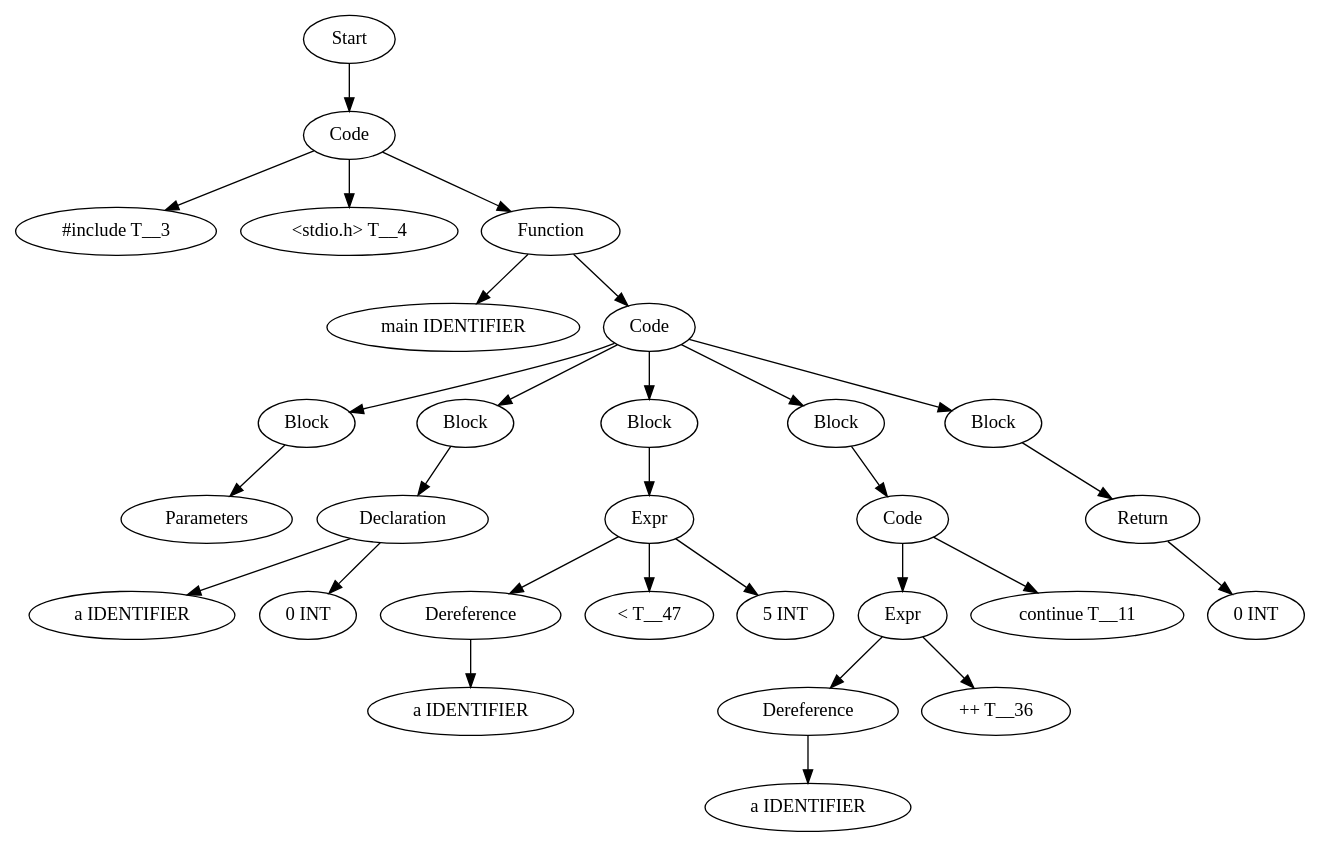
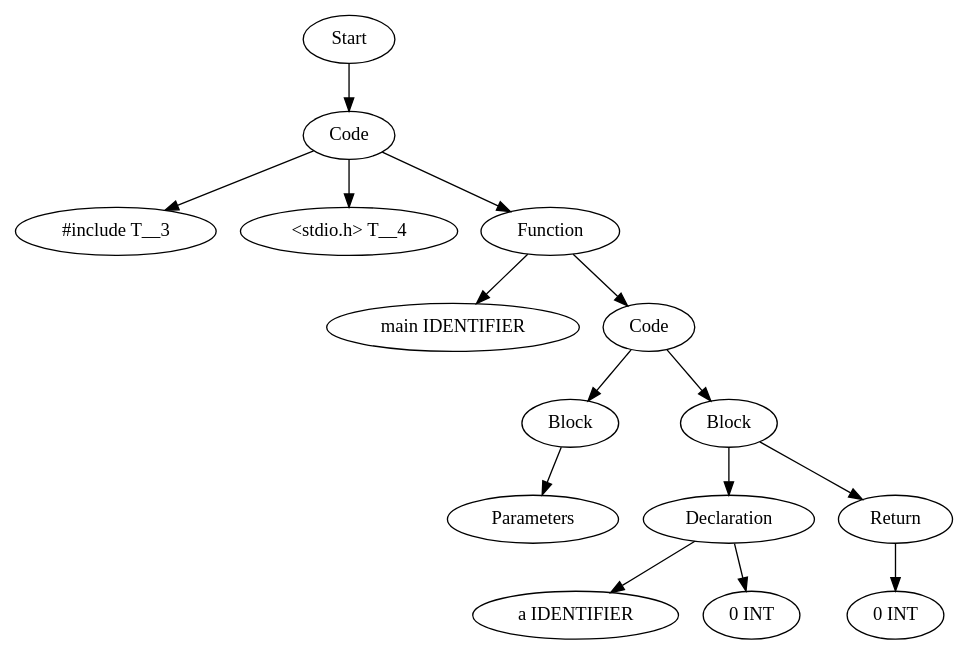
One commit to Are-you-listening/Compilers changed the diagram in TestCases/ASTTests/DeadCodeRemoveTests/createTests/read_file_after.dot. Above: the diagram before and after it, drawn with Graphviz. The commit also changed 152 other files, not shown here.

```diff
--- a/TestCases/ASTTests/DeadCodeRemoveTests/createTests/read_file_after.dot
+++ b/TestCases/ASTTests/DeadCodeRemoveTests/createTests/read_file_after.dot
@@ -1,59 +1,31 @@
 digraph AST {
-  "124518464308944" [label="Start"];
-  "124518464308944" -> "124518464561424";
-  "124518464561424" [label="Code"];
-  "124518464561424" -> "124518464559264";
-  "124518464561424" -> "124518464560176";
-  "124518464561424" -> "124518464560224";
-  "124518464559264" [label="#include T__3"];
-  "124518464560176" [label="<stdio.h> T__4"];
-  "124518464560224" [label="Function"];
-  "124518464560224" -> "124518464553840";
-  "124518464560224" -> "124518464559168";
-  "124518464553840" [label="main IDENTIFIER"];
-  "124518464559168" [label="Code"];
-  "124518464559168" -> "124518464553456";
-  "124518464559168" -> "124518464556816";
-  "124518464559168" -> "124518464557296";
-  "124518464559168" -> "124518464560560";
-  "124518464559168" -> "124518464558880";
-  "124518464553456" [label="Block"];
-  "124518464553456" -> "124518464553600";
-  "124518464553600" [label="Parameters"];
-  "124518464556816" [label="Block"];
-  "124518464556816" -> "124518464556864";
-  "124518464556864" [label="Declaration"];
-  "124518464556864" -> "124518464557008";
-  "124518464556864" -> "124518464557056";
-  "124518464557008" [label="a IDENTIFIER"];
-  "124518464557056" [label="0 INT"];
-  "124518464557296" [label="Block"];
-  "124518464557296" -> "124518464557200";
-  "124518464557200" [label="Expr"];
-  "124518464557200" -> "124518464554512";
-  "124518464557200" -> "124518464560512";
-  "124518464557200" -> "124518464553888";
-  "124518464554512" [label="Dereference"];
-  "124518464554512" -> "124518464556624";
-  "124518464556624" [label="a IDENTIFIER"];
-  "124518464560512" [label="< T__47"];
-  "124518464553888" [label="5 INT"];
-  "124518464560560" [label="Block"];
-  "124518464560560" -> "124518464560416";
-  "124518464560416" [label="Code"];
-  "124518464560416" -> "124518464558064";
-  "124518464560416" -> "124518464553648";
-  "124518464558064" [label="Expr"];
-  "124518464558064" -> "124518464558304";
-  "124518464558064" -> "124518464558016";
-  "124518464558304" [label="Dereference"];
-  "124518464558304" -> "124518464553744";
-  "124518464553744" [label="a IDENTIFIER"];
-  "124518464558016" [label="++ T__36"];
-  "124518464553648" [label="continue T__11"];
-  "124518464558880" [label="Block"];
-  "124518464558880" -> "124518464554416";
-  "124518464554416" [label="Return"];
-  "124518464554416" -> "124518464561472";
-  "124518464561472" [label="0 INT"];
+  "137896635257504" [label="Start"];
+  "137896635257504" -> "137896635258752";
+  "137896635258752" [label="Code"];
+  "137896635258752" -> "137896635260480";
+  "137896635258752" -> "137896635266720";
+  "137896635258752" -> "137896635260432";
+  "137896635260480" [label="#include T__3"];
+  "137896635266720" [label="<stdio.h> T__4"];
+  "137896635260432" [label="Function"];
+  "137896635260432" -> "137896635257792";
+  "137896635260432" -> "137896635256880";
+  "137896635257792" [label="main IDENTIFIER"];
+  "137896635256880" [label="Code"];
+  "137896635256880" -> "137896635262688";
+  "137896635256880" -> "137896635483904";
+  "137896635262688" [label="Block"];
+  "137896635262688" -> "137896635259424";
+  "137896635259424" [label="Parameters"];
+  "137896635483904" [label="Block"];
+  "137896635483904" -> "137896635483808";
+  "137896635483904" -> "137896635483856";
+  "137896635483808" [label="Declaration"];
+  "137896635483808" -> "137896635484240";
+  "137896635483808" -> "137896635484288";
+  "137896635484240" [label="a IDENTIFIER"];
+  "137896635484288" [label="0 INT"];
+  "137896635483856" [label="Return"];
+  "137896635483856" -> "137896635484384";
+  "137896635484384" [label="0 INT"];
 }
```
